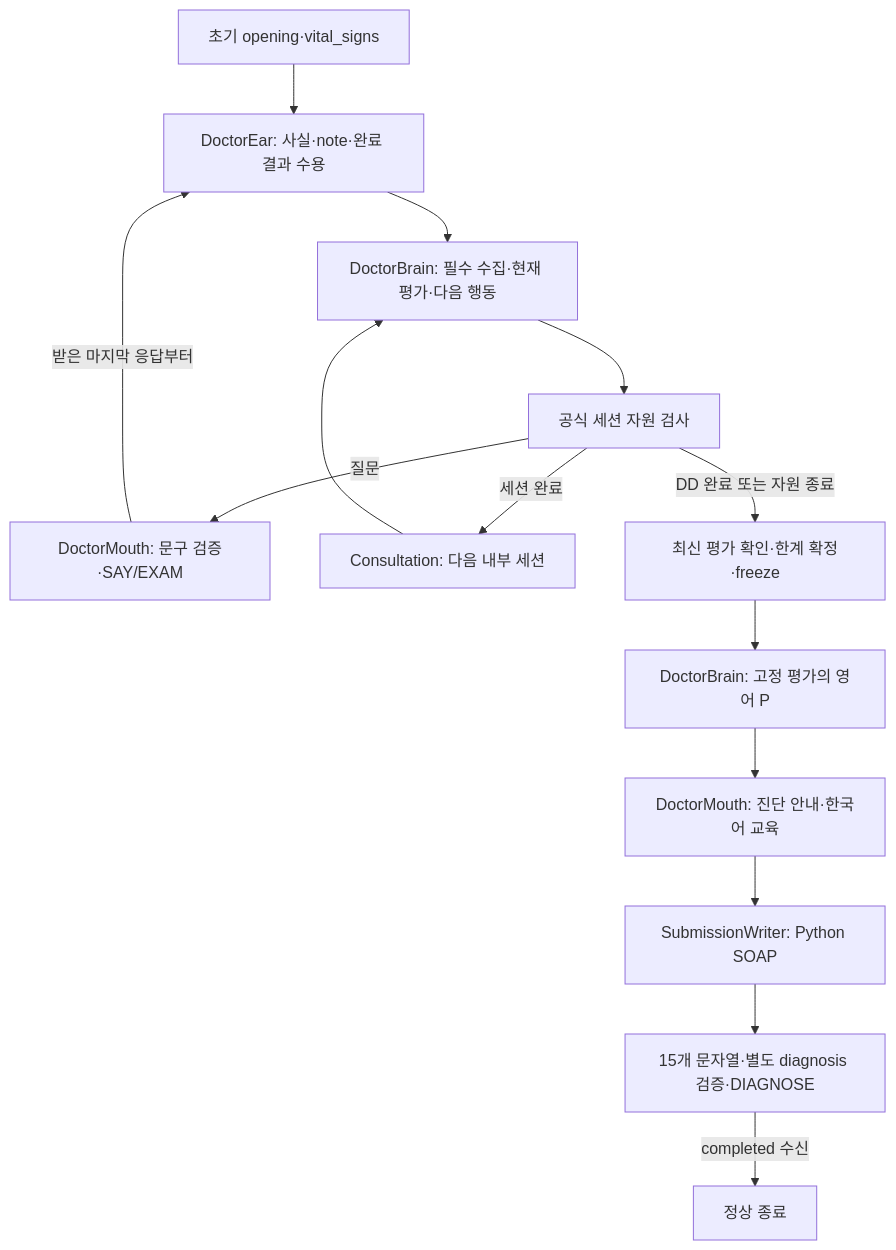
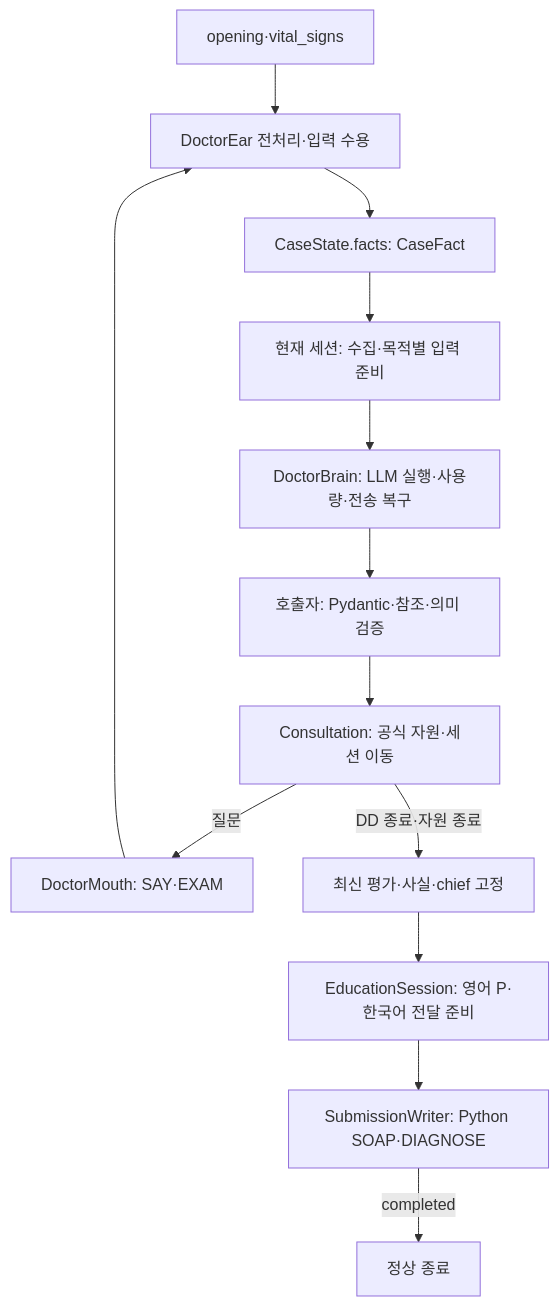
One commit to devRestain/Ontoward changed the first of 5 diagrams in submission/README.md. Above: the diagram before and after it, drawn with Mermaid. The commit also changed other lines of this file and 86 other files, not shown here.

````diff
--- a/submission/README.md
+++ b/submission/README.md
@@ -10,16 +10,15 @@
 ```mermaid
 flowchart TD
-    Start["초기 opening·vital_signs"] --> Ear["DoctorEar: 사실·note·완료 결과 수용"]
-    Ear --> Brain["DoctorBrain: 필수 수집·현재 평가·다음 행동"]
-    Brain --> Budget["공식 세션 자원 검사"]
-    Budget -->|질문| Mouth["DoctorMouth: 문구 검증·SAY/EXAM"]
-    Mouth -->|받은 마지막 응답부터| Ear
-    Budget -->|세션 완료| Next["Consultation: 다음 내부 세션"]
-    Next --> Brain
-    Budget -->|DD 완료 또는 자원 종료| Freeze["최신 평가 확인·한계 확정·freeze"]
-    Freeze --> Plan["DoctorBrain: 고정 평가의 영어 P"]
-    Plan --> Delivery["DoctorMouth: 진단 안내·한국어 교육"]
-    Delivery --> Writer["SubmissionWriter: Python SOAP"]
-    Writer --> Submit["15개 문자열·별도 diagnosis 검증·DIAGNOSE"]
-    Submit -->|completed 수신| End["정상 종료"]
+    Initial["opening·vital_signs"] --> Ear["DoctorEar 전처리·입력 수용"]
+    Ear --> Facts["CaseState.facts: CaseFact"]
+    Facts --> Session["현재 세션: 수집·목적별 입력 준비"]
+    Session --> Brain["DoctorBrain: LLM 실행·사용량·전송 복구"]
+    Brain --> Accept["호출자: Pydantic·참조·의미 검증"]
+    Accept --> Budget["Consultation: 공식 자원·세션 이동"]
+    Budget -->|질문| Mouth["DoctorMouth: SAY·EXAM"]
+    Mouth --> Ear
+    Budget -->|DD 종료·자원 종료| Freeze["최신 평가·사실·chief 고정"]
+    Freeze --> Education["EducationSession: 영어 P·한국어 전달 준비"]
+    Education --> Writer["SubmissionWriter: Python SOAP·DIAGNOSE"]
+    Writer -->|completed| End["정상 종료"]
 ```
````
